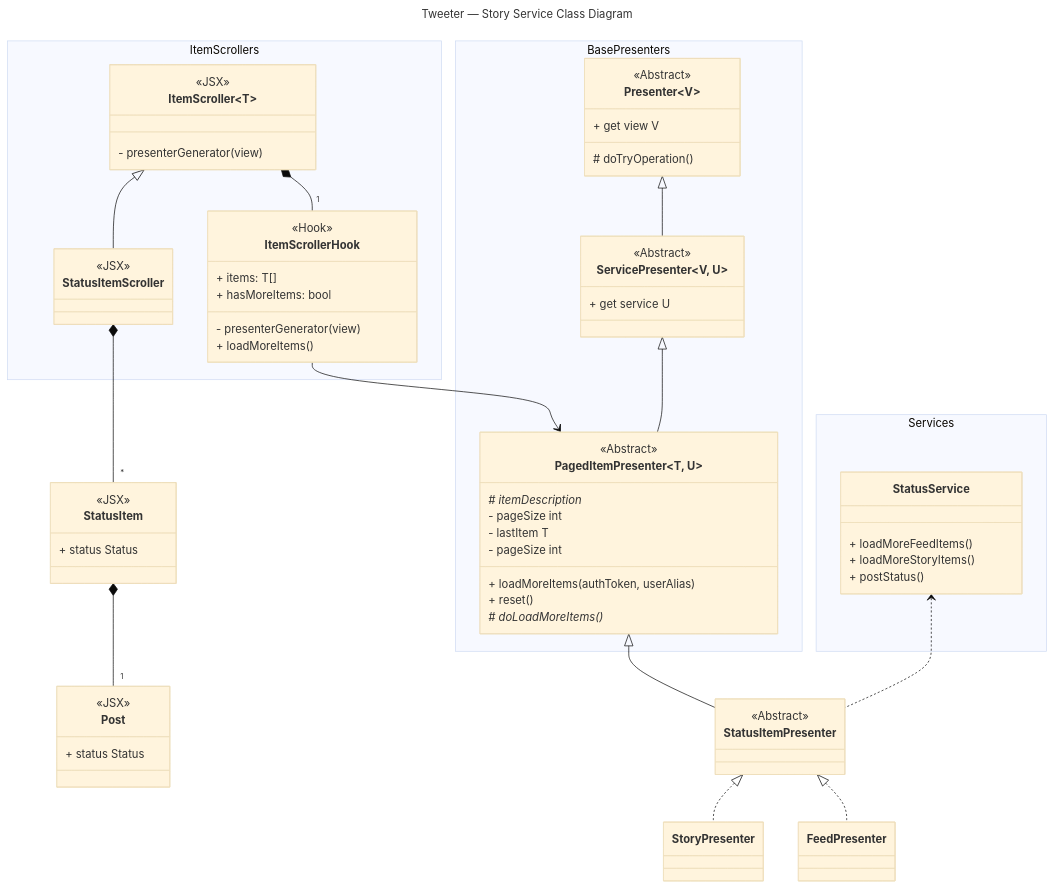
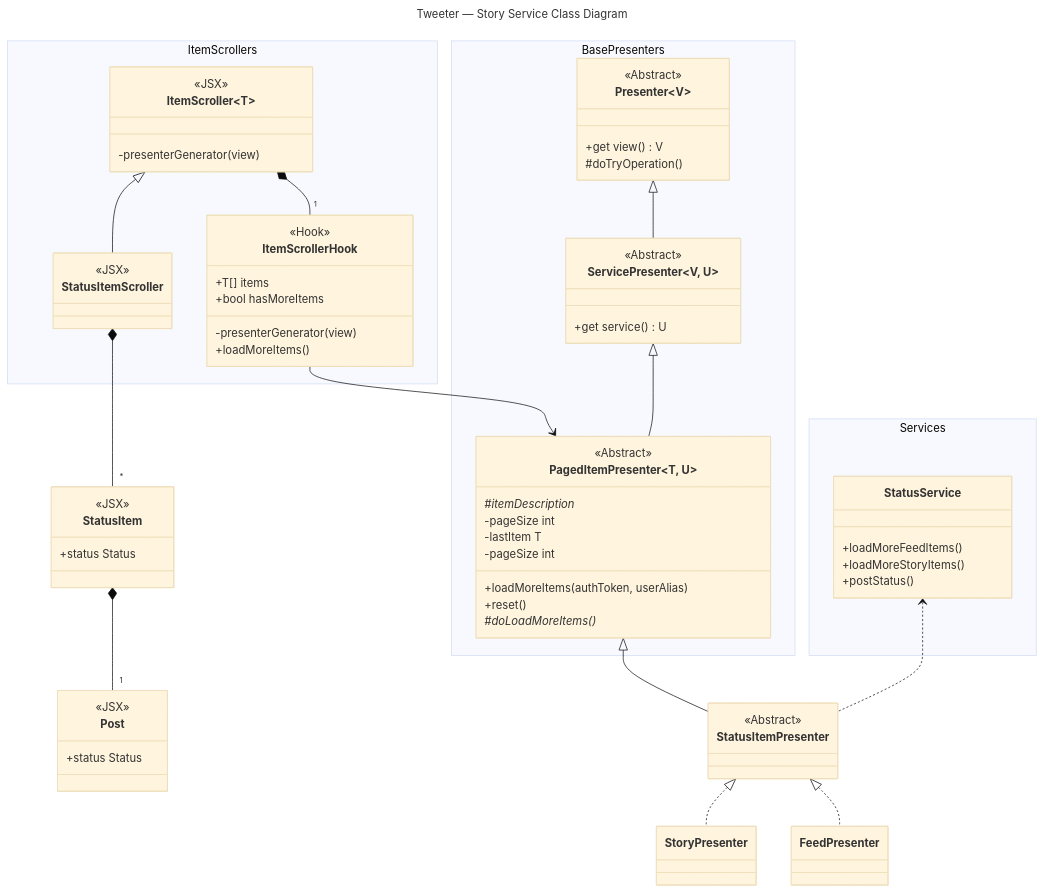
One commit to frozenfrank/cs340-tweeter changed the second of 2 diagrams in docs/story-service-uml-diagram.md. Above: the diagram before and after it, drawn with Mermaid (base theme). The commit also changed other lines of this file, not shown here.

Commit message:
Standardize and clean up linting

```diff
--- a/docs/story-service-uml-diagram.md
+++ b/docs/story-service-uml-diagram.md
@@ -81,22 +81,22 @@
 namespace BasePresenters {
     class Presenter~V~ {
         <<Abstract>>
-        + get view V
-        # doTryOperation()
+        +get view() V
+        #doTryOperation()
     }
     class ServicePresenter~V, U~ {
         <<Abstract>>
-        + get service U
+        +get service() U
     }
     class PagedItemPresenter~T, U~ {
         <<Abstract>>
-        + loadMoreItems(authToken, userAlias)
-        + reset()
-        # itemDescription*
-        # doLoadMoreItems()*
-        - pageSize int
-        - lastItem T
-        - pageSize int
+        +loadMoreItems(authToken, userAlias)
+        +reset()
+        #itemDescription*
+        #doLoadMoreItems()*
+        -pageSize int
+        -lastItem T
+        -pageSize int
     }
 }
 
@@ -113,14 +113,14 @@
 namespace ItemScrollers {
     class ItemScroller~T~ {
         <<JSX>>
-        - presenterGenerator(view)
+        -presenterGenerator(view)
     }
     class ItemScrollerHook~T~ {
         <<Hook>>
-        - presenterGenerator(view)
-        + items: T[]
-        + loadMoreItems()
-        + hasMoreItems: bool
+        -presenterGenerator(view)
+        +T[] items
+        +loadMoreItems()
+        +bool hasMoreItems
     }
     class StatusItemScroller {
         <<JSX>>
@@ -131,8 +131,8 @@
 StatusItemScroller *-- "*" StatusItem
 ItemScroller *-- "1" ItemScrollerHook
 StatusItem *-- "1" Post
-StatusItem : + status Status
-Post : + status Status
+StatusItem : +status Status
+Post : +status Status
 
 <<JSX>> StatusItem
 <<JSX>> Post
@@ -143,9 +143,9 @@
 
 namespace Services {
     class StatusService {
-        + loadMoreFeedItems()
-        + loadMoreStoryItems()
-        + postStatus()
+        +loadMoreFeedItems()
+        +loadMoreStoryItems()
+        +postStatus()
     }
 }
 
```
